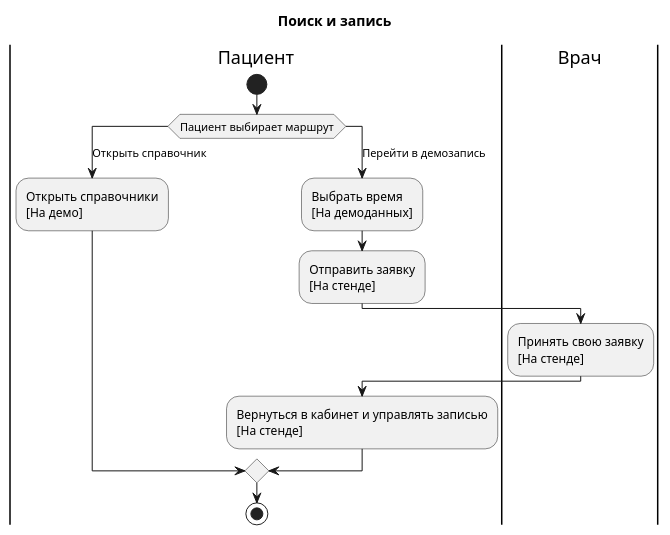
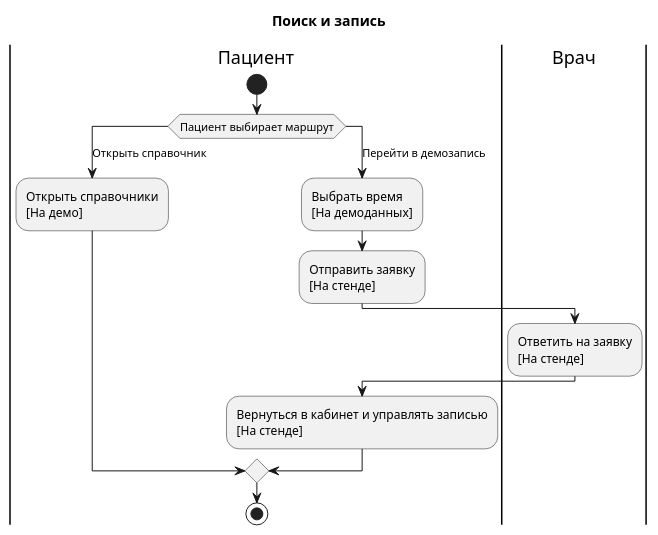
Before and after one commit to medbookdev/medbook-readiness: the diagram in care.puml, drawn with PlantUML. The commit also changed 11 other files, not shown here.

```diff
--- a/care.puml
+++ b/care.puml
@@ -1,20 +1,20 @@
 @startuml
 title Поиск и запись
 |Пациент|
 start
 switch (Пациент выбирает маршрут)
 case (Открыть справочник)
 |Пациент|
 :Открыть справочники\n[На демо];
 case (Перейти в демозапись)
 |Пациент|
 :Выбрать время\n[На демоданных];
 |Пациент|
 :Отправить заявку\n[На стенде];
 |Врач|
-:Принять свою заявку\n[На стенде];
+:Ответить на заявку\n[На стенде];
 |Пациент|
 :Вернуться в кабинет и управлять записью\n[На стенде];
 endswitch
 stop
 @enduml
```
